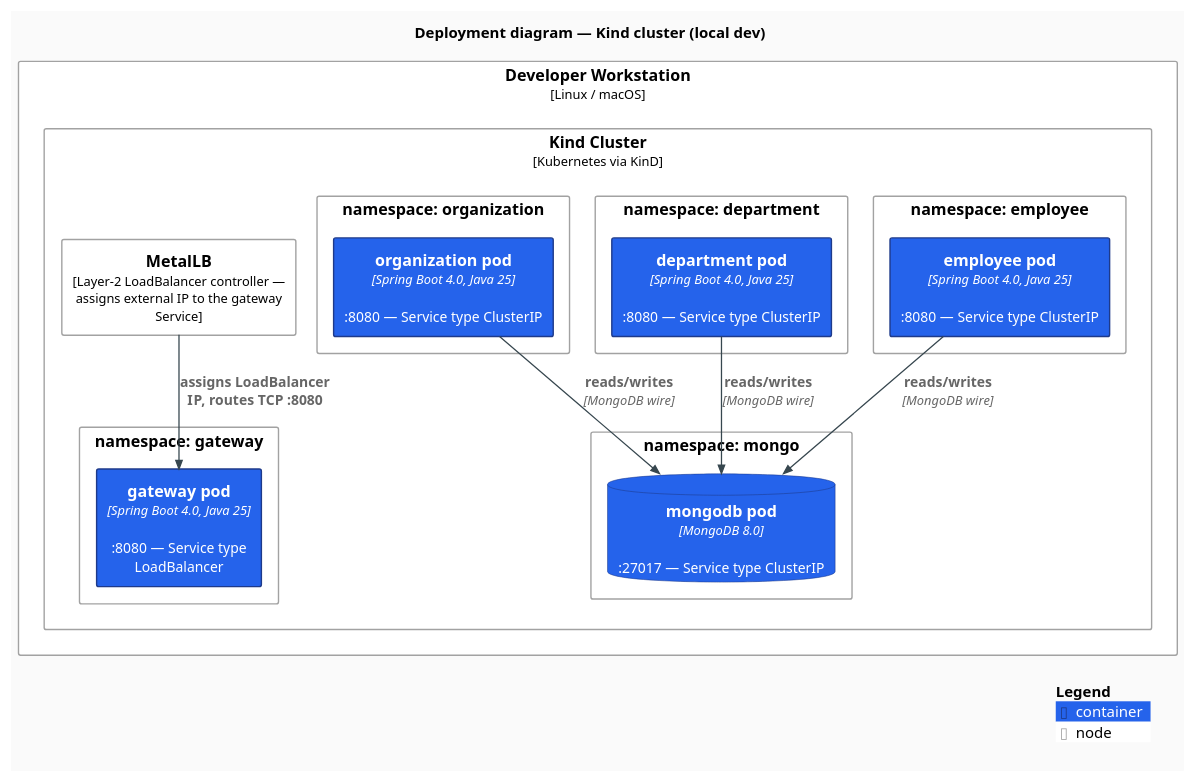
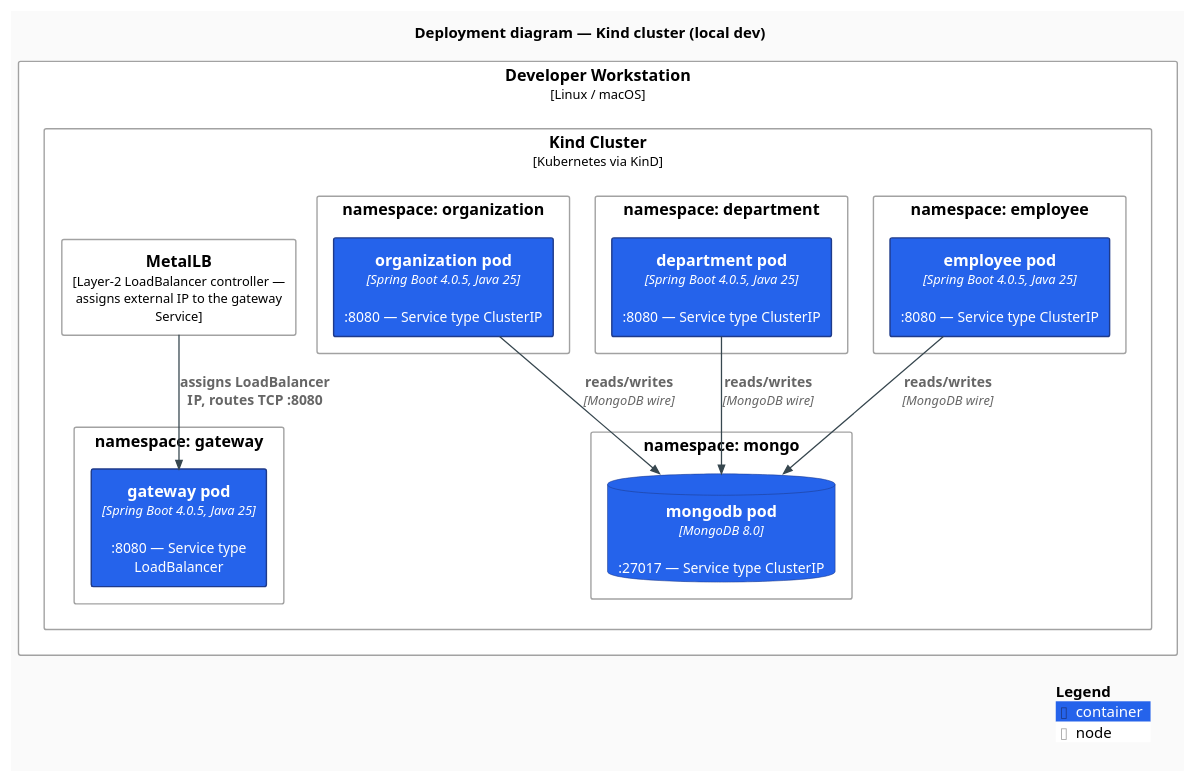
Before and after one commit to AndriyKalashnykov/spring-microservices-k8s: the diagram in docs/diagrams/c4-deployment.puml, drawn with PlantUML. The commit also changed 1 other file, not shown here.

Commit message:
docs: refresh c4-deployment.puml tech-strings to Spring Boot 4.0.5
Same drift I fixed on c4-container.puml earlier — c4-deployment still
showed 'Spring Boot 4.0' on all four service pods. Update to match the
actual parent pom version and re-render.

```diff
--- a/docs/diagrams/c4-deployment.puml
+++ b/docs/diagrams/c4-deployment.puml
@@ -1,49 +1,49 @@
 @startuml c4-deployment
 !include https://raw.githubusercontent.com/plantuml-stdlib/C4-PlantUML/v2.11.0/C4_Deployment.puml
 
 ' Modern flat styling: no shadows, sharper corners, clean sans-serif, modern palette.
 skinparam backgroundColor #FAFAFA
 skinparam shadowing false
 skinparam roundCorner 4
 skinparam defaultFontName "Inter, Helvetica, Arial, sans-serif"
 skinparam defaultFontSize 13
 skinparam ArrowColor #37474F
 skinparam ArrowThickness 1.2
 skinparam rectangleBorderThickness 1.3
 
 UpdateElementStyle("container",   $fontColor="#FFFFFF", $bgColor="#2563EB", $borderColor="#1E3A8A")
 UpdateElementStyle("container_db",$fontColor="#FFFFFF", $bgColor="#7C3AED", $borderColor="#4C1D95")
 UpdateBoundaryStyle($bgColor="#F1F5F9", $borderColor="#94A3B8", $fontColor="#1E293B")
 
 title Deployment diagram — Kind cluster (local dev)
 
 Deployment_Node(host, "Developer Workstation", "Linux / macOS") {
     Deployment_Node(kind, "Kind Cluster", "Kubernetes via KinD") {
 
         Deployment_Node(metallb, "MetalLB", "Layer-2 LoadBalancer controller — assigns external IP to the gateway Service")
 
         Deployment_Node(ns_gw, "namespace: gateway") {
-            Container(gateway_pod, "gateway pod", "Spring Boot 4.0, Java 25", ":8080 — Service type LoadBalancer")
+            Container(gateway_pod, "gateway pod", "Spring Boot 4.0.5, Java 25", ":8080 — Service type LoadBalancer")
         }
         Deployment_Node(ns_emp, "namespace: employee") {
-            Container(employee_pod, "employee pod", "Spring Boot 4.0, Java 25", ":8080 — Service type ClusterIP")
+            Container(employee_pod, "employee pod", "Spring Boot 4.0.5, Java 25", ":8080 — Service type ClusterIP")
         }
         Deployment_Node(ns_dept, "namespace: department") {
-            Container(department_pod, "department pod", "Spring Boot 4.0, Java 25", ":8080 — Service type ClusterIP")
+            Container(department_pod, "department pod", "Spring Boot 4.0.5, Java 25", ":8080 — Service type ClusterIP")
         }
         Deployment_Node(ns_org, "namespace: organization") {
-            Container(organization_pod, "organization pod", "Spring Boot 4.0, Java 25", ":8080 — Service type ClusterIP")
+            Container(organization_pod, "organization pod", "Spring Boot 4.0.5, Java 25", ":8080 — Service type ClusterIP")
         }
         Deployment_Node(ns_mongo, "namespace: mongo") {
             ContainerDb(mongo_pod, "mongodb pod", "MongoDB 8.0", ":27017 — Service type ClusterIP")
         }
     }
 }
 
 Rel(metallb, gateway_pod, "assigns LoadBalancer IP, routes TCP :8080")
 Rel_D(employee_pod,     mongo_pod, "reads/writes", "MongoDB wire")
 Rel_D(department_pod,   mongo_pod, "reads/writes", "MongoDB wire")
 Rel_D(organization_pod, mongo_pod, "reads/writes", "MongoDB wire")
 
 SHOW_LEGEND()
 @enduml
```
